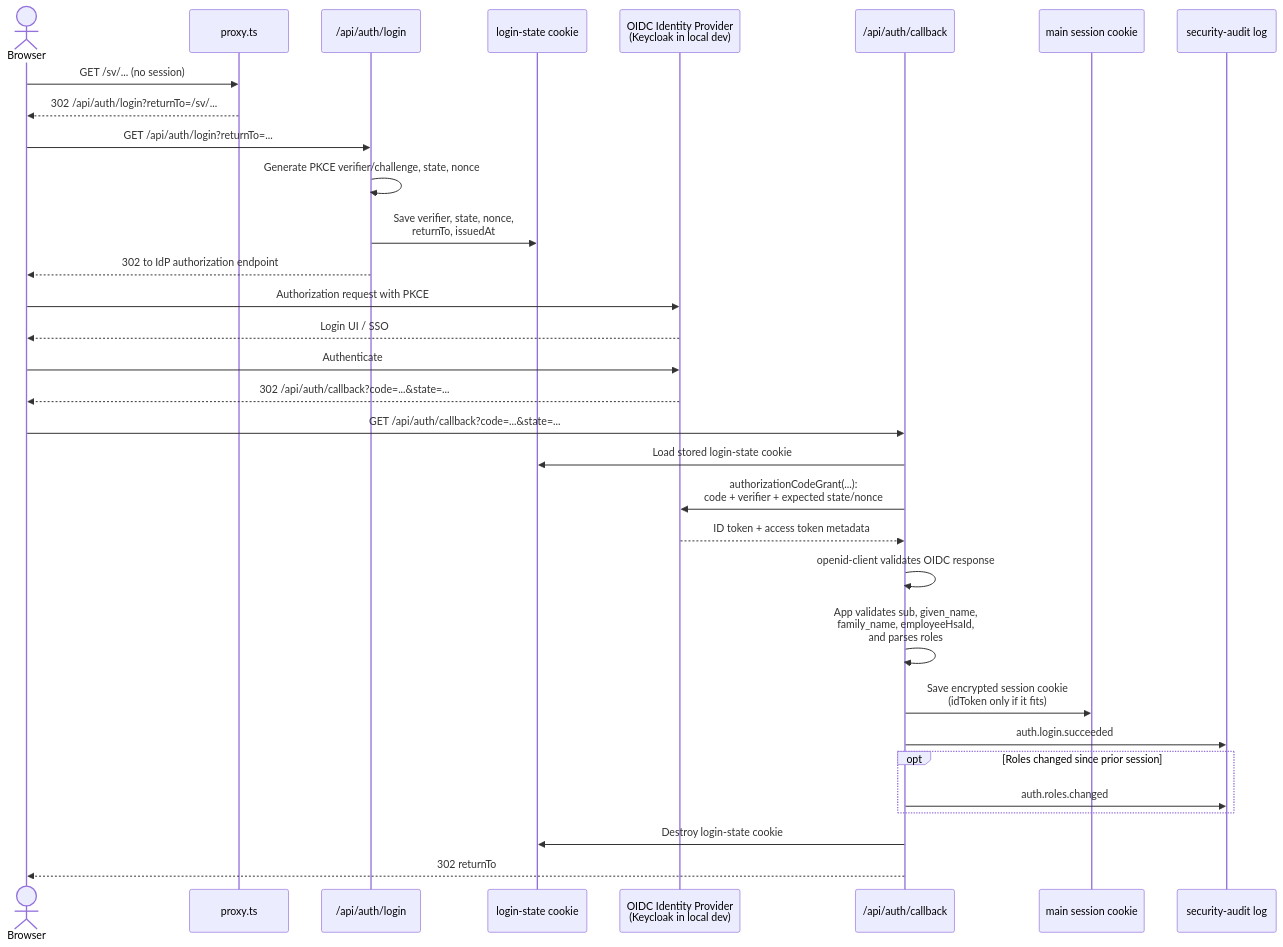
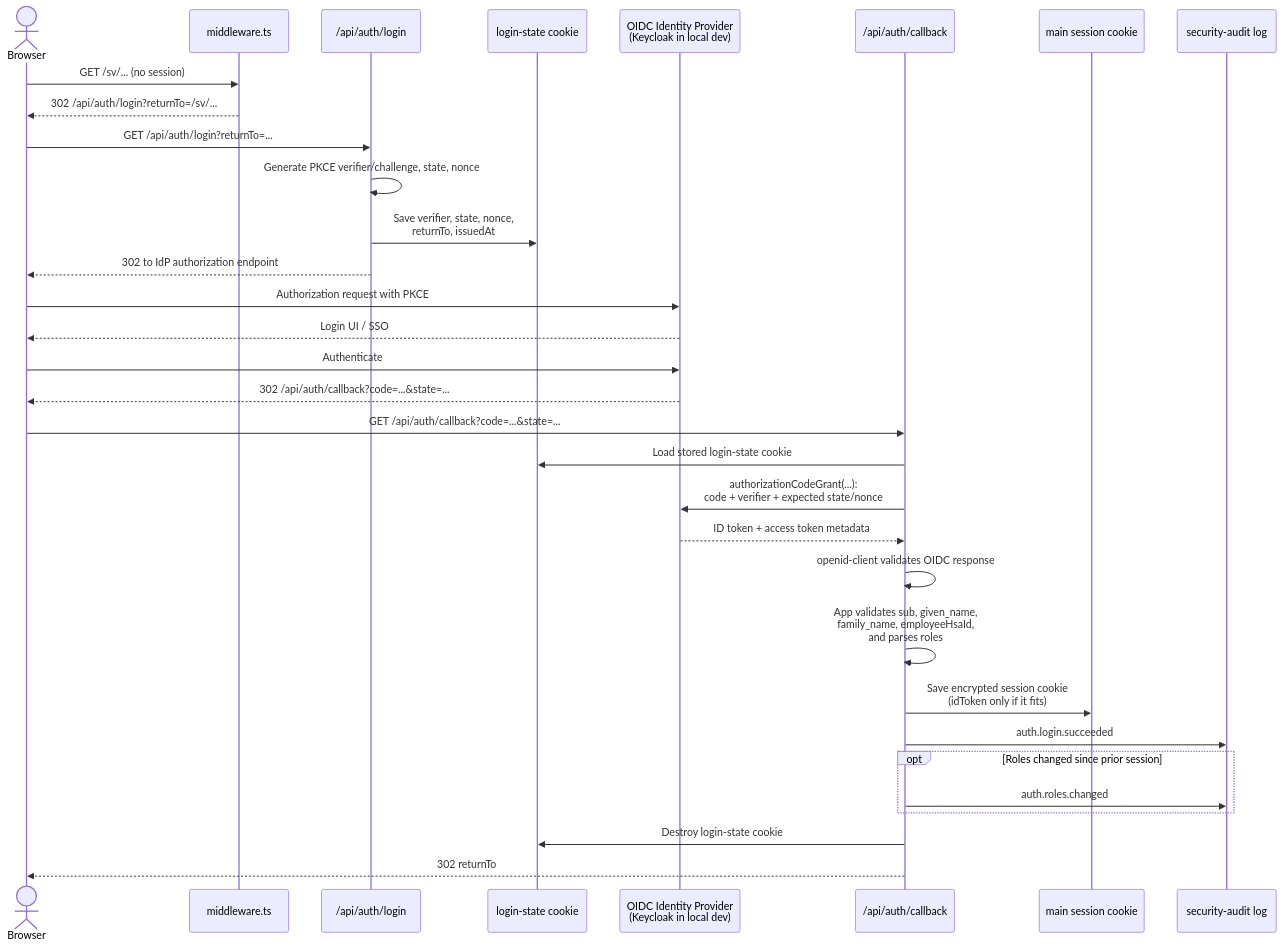
One commit to viscalyx/Kravhantering changed the first of 3 diagrams in docs/auth-how-it-works.md. Above: the diagram before and after it, drawn with Mermaid. The commit also changed other lines of this file and 43 other files, not shown here.

````diff
--- a/docs/auth-how-it-works.md
+++ b/docs/auth-how-it-works.md
@@ -53,38 +53,38 @@
 ```mermaid
 sequenceDiagram
     actor Browser
-    participant Proxy as proxy.ts
+    participant Middleware as middleware.ts
     participant Login as /api/auth/login
     participant LoginState as login-state cookie
     participant IdP as OIDC Identity Provider<br/>(Keycloak in local dev)
     participant Callback as /api/auth/callback
     participant Session as main session cookie
     participant Audit as security-audit log
 
-    Browser->>Proxy: GET /sv/... (no session)
-    Proxy-->>Browser: 302 /api/auth/login?returnTo=/sv/...
+    Browser->>Middleware: GET /sv/... (no session)
+    Middleware-->>Browser: 302 /api/auth/login?returnTo=/sv/...
 
     Browser->>Login: GET /api/auth/login?returnTo=...
     Login->>Login: Generate PKCE verifier/challenge, state, nonce
     Login->>LoginState: Save verifier, state, nonce,<br/>returnTo, issuedAt
     Login-->>Browser: 302 to IdP authorization endpoint
 
     Browser->>IdP: Authorization request with PKCE
     IdP-->>Browser: Login UI / SSO
     Browser->>IdP: Authenticate
     IdP-->>Browser: 302 /api/auth/callback?code=...&state=...
 
     Browser->>Callback: GET /api/auth/callback?code=...&state=...
     Callback->>LoginState: Load stored login-state cookie
     Callback->>IdP: authorizationCodeGrant(...):<br/>code + verifier + expected state/nonce
     IdP-->>Callback: ID token + access token metadata
     Callback->>Callback: openid-client validates OIDC response
     Callback->>Callback: App validates sub, given_name,<br/>family_name, employeeHsaId,<br/>and parses roles
     Callback->>Session: Save encrypted session cookie<br/>(idToken only if it fits)
     Callback->>Audit: auth.login.succeeded
     opt Roles changed since prior session
         Callback->>Audit: auth.roles.changed
     end
     Callback->>LoginState: Destroy login-state cookie
     Callback-->>Browser: 302 returnTo
 ```
````
